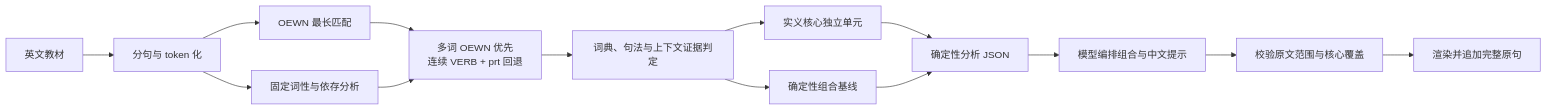
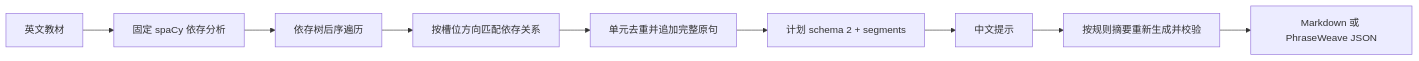
One commit to ReinerLau/phraseweave changed the diagram in docs/lexical-chunks-tooling.md. Above: the diagram before and after it, drawn with Mermaid. The commit also changed other lines of this file and 16 other files, not shown here.

````diff
--- a/docs/lexical-chunks-tooling.md
+++ b/docs/lexical-chunks-tooling.md
@@ -255,16 +7,11 @@
 ```mermaid
 flowchart LR
-    A[英文教材] --> B[分句与 token 化]
-    B --> C[OEWN 最长匹配]
-    B --> D[固定词性与依存分析]
-    C --> E[多词 OEWN 优先<br/>连续 VERB + prt 回退]
-    D --> E
-    E --> F[词典、句法与上下文证据判定]
-    F --> G[实义核心独立单元]
-    F --> H[确定性组合基线]
-    G --> I[确定性分析 JSON]
-    H --> I
-    I --> J[模型编排组合与中文提示]
-    J --> K[校验原文范围与核心覆盖]
-    K --> L[渲染并追加完整原句]
+    A[英文教材] --> B[固定 spaCy 依存分析]
+    B --> C[依存树后序遍历]
+    C --> D[按槽位方向匹配依存关系]
+    D --> E[单元去重并追加完整原句]
+    E --> F[计划 schema 2 + segments]
+    F --> G[中文提示]
+    G --> H[按规则摘要重新生成并校验]
+    H --> I[Markdown 或 PhraseWeave JSON]
 ```
````
